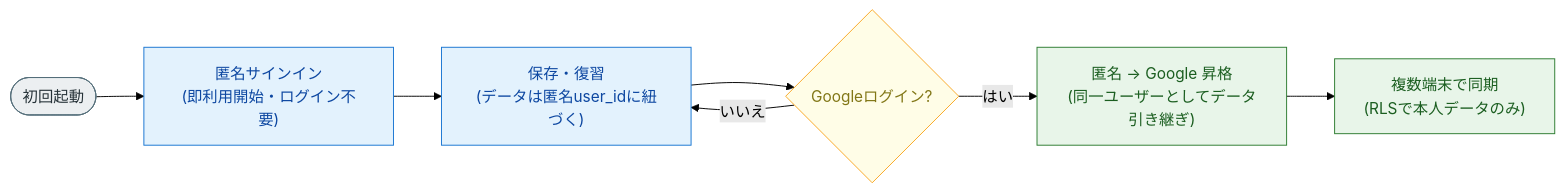
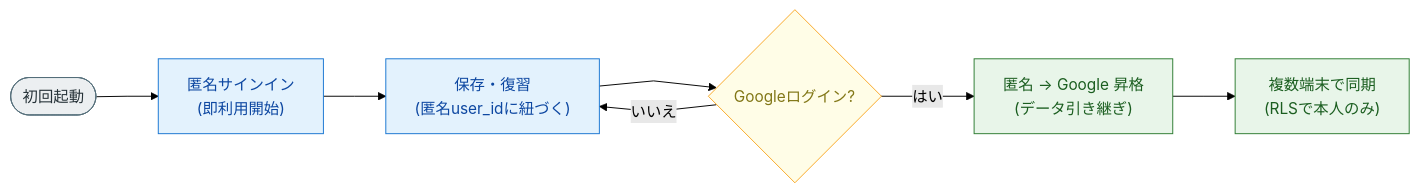
One commit to komikonkon/Rakuku changed the sixth of 7 diagrams in docs/architecture.md. Above: the diagram before and after it, drawn with Mermaid (forest theme). The commit also changed other lines of this file and 1 other file, not shown here.

First line of the commit message:
Rework diagrams per LIG zukai guidelines: straight lines, fewer crossings, eye-flow

````diff
--- a/docs/architecture.md
+++ b/docs/architecture.md
@@ -192,14 +202,15 @@
 ```mermaid
+%%{init: {'flowchart': {'curve': 'linear', 'rankSpacing': 65}}}%%
 flowchart LR
-    Start(["初回起動"]):::os --> Anon["匿名サインイン<br/>(即利用開始・ログイン不要)"]:::app
-    Anon --> Use["保存・復習<br/>(データは匿名user_idに紐づく)"]:::app
+    Start(["初回起動"]):::os --> Anon["匿名サインイン<br/>(即利用開始)"]:::app
+    Anon --> Use["保存・復習<br/>(匿名user_idに紐づく)"]:::app
     Use --> Q{"Googleログイン?"}:::dec
     Q -- いいえ --> Use
-    Q -- はい --> Upgrade["匿名 → Google 昇格<br/>(同一ユーザーとしてデータ引き継ぎ)"]:::sb
-    Upgrade --> Sync["複数端末で同期<br/>(RLSで本人データのみ)"]:::sb
+    Q -- はい --> Upgrade["匿名 → Google 昇格<br/>(データ引き継ぎ)"]:::sb
+    Upgrade --> Sync["複数端末で同期<br/>(RLSで本人のみ)"]:::sb
 
     classDef os  fill:#ECEFF1,stroke:#546E7A,color:#263238;
     classDef app fill:#E3F2FD,stroke:#1976D2,color:#0D47A1;
     classDef sb  fill:#E8F5E9,stroke:#2E7D32,color:#1B5E20;
     classDef dec fill:#FFFDE7,stroke:#F9A825,color:#827717;
 ```
````
